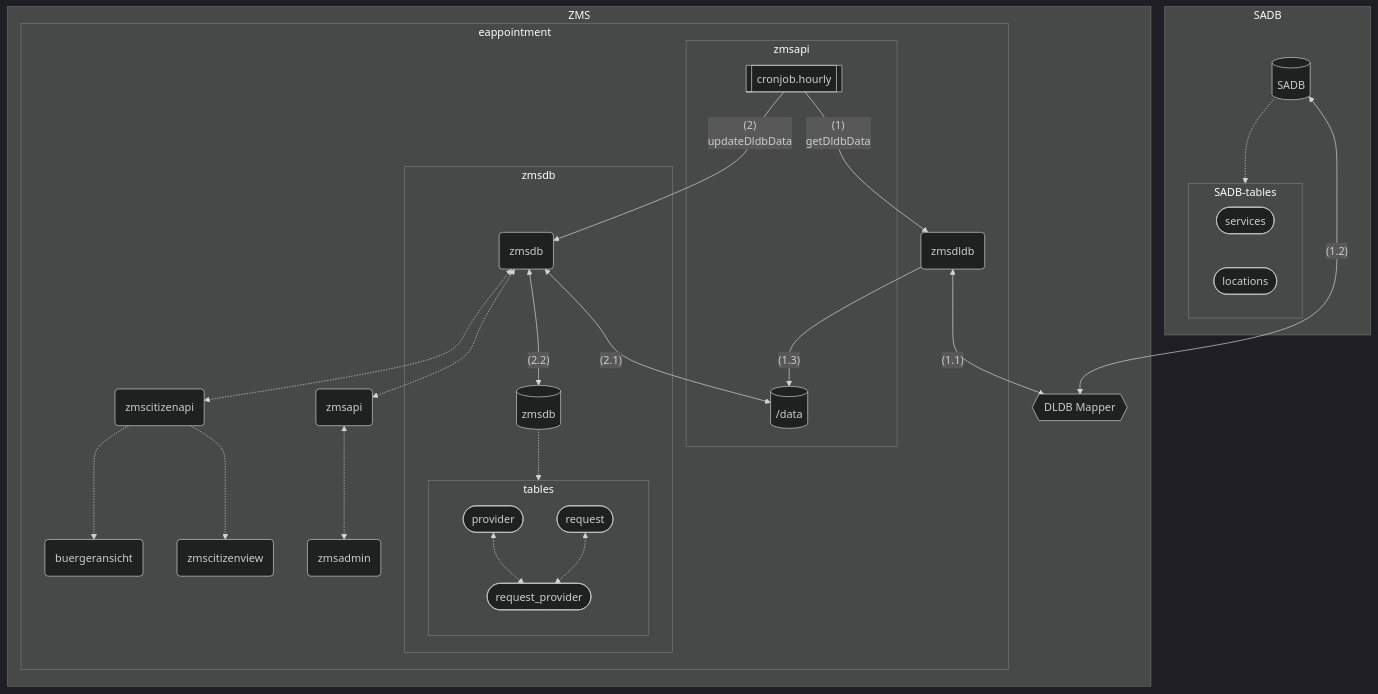
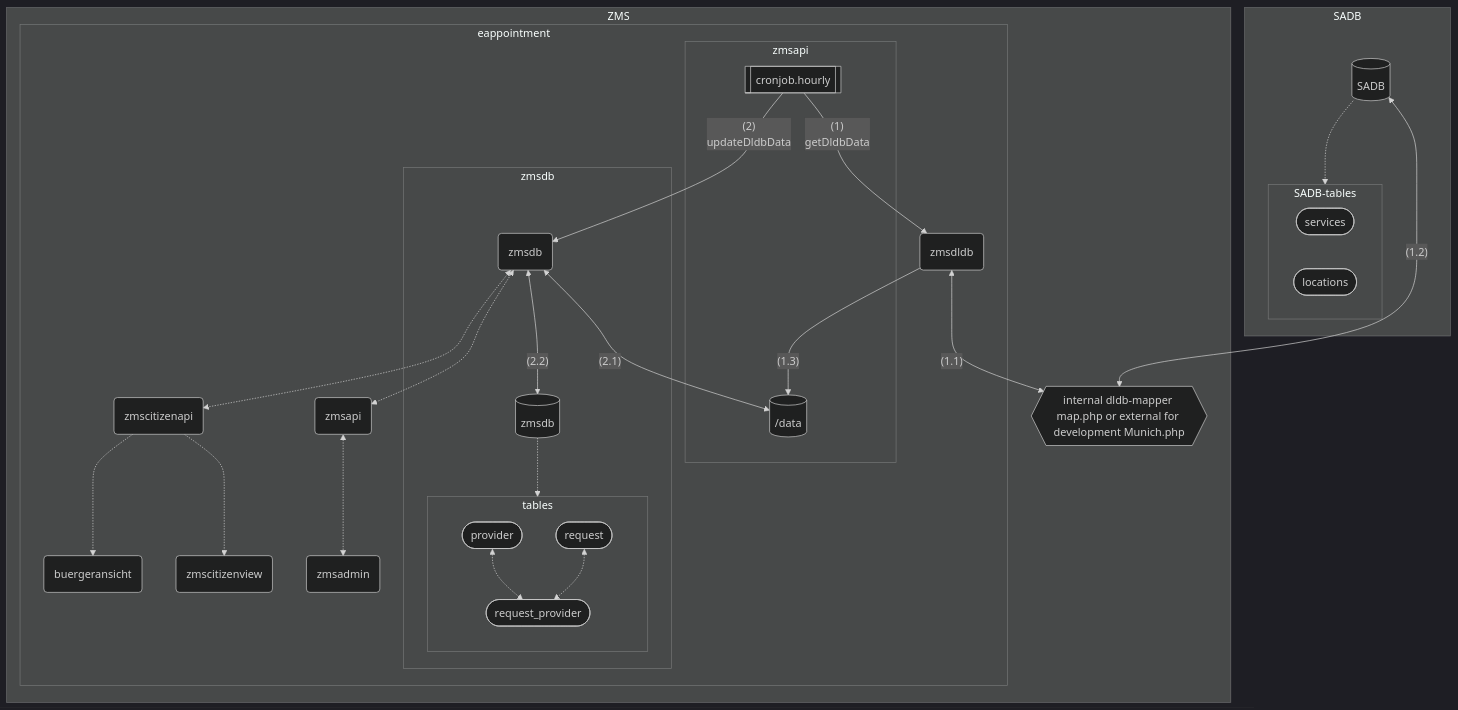
The first of 3 diagrams in docs/zmsdldb.md (it-at-m/eappointment), drawn with Mermaid (dark theme) before and after one commit. The commit also changed other lines of this file, not shown here.

Commit message:
docs(ZMSKVR-1347): claarify dldb map files

````diff
--- a/docs/zmsdldb.md
+++ b/docs/zmsdldb.md
@@ -14,65 +14,65 @@
 ```mermaid
 flowchart TB
     subgraph SADB
         db1[(SADB)]
         db1 -.-> SADB-tables
         subgraph SADB-tables
             l([services])
             m([locations])
         end
     end
 
-    map{{DLDB Mapper}}
+    map{{internal dldb-mapper map.php or external for development Munich.php}}
     db1 <-- "(1.2)" ---> map
 
     subgraph ZMS
 
         b <-- "(1.1)" --> map
 
 
         subgraph eappointment
 
             subgraph zmsapi
                 a1[[cronjob.hourly]]
                 a2[(/data)]
             end
 
             b(zmsdldb)
             a1 -- "(1) <br> getDldbData" --> b
             b -- "(1.3)" --> a2
             a1 -- "(2) <br> updateDldbData" --> c
             c <-- "(2.1)" --> a2
 
             subgraph zmsdb
                 c(zmsdb)
                 c <-- "(2.2)" --> db2
                 db2[(zmsdb)]
 
                 subgraph tables
                     direction TB
                     i([provider])
                     j([request])
                     k([request_provider])
                     i <-.-> k
                     j <-.-> k
                 end
 
                 db2 -.-> tables
 
             end
 
             c <-.-> d
             d <-.-> e
             c <-.-> f
             d(zmsapi)
             e(zmsadmin)
             f(zmscitizenapi)
             g(zmscitizenview)
             h(buergeransicht)
 
             f -.-> g
             f -.-> h
 
         end
     end
 ```
````
